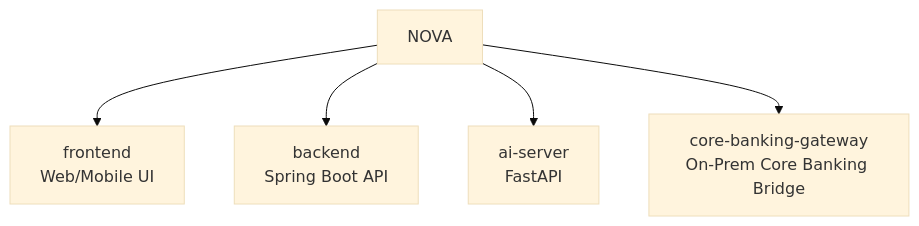
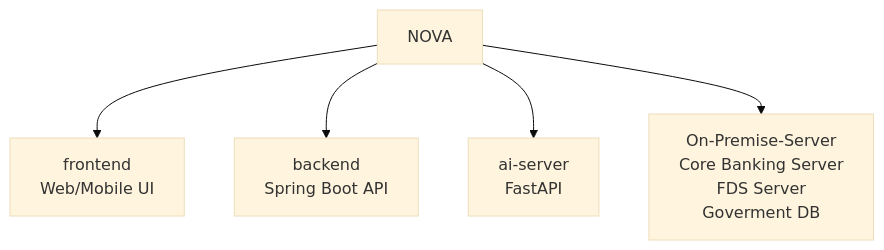
The first of 4 diagrams in AGENTS.md (jaepar/NOVA), drawn with Mermaid (base theme) before and after one commit. The commit also changed other lines of this file, not shown here.

````diff
--- a/AGENTS.md
+++ b/AGENTS.md
@@ -8,8 +8,8 @@
 ```mermaid
 flowchart TD
     Root["NOVA"]
     Root --> FE["frontend<br/>Web/Mobile UI"]
     Root --> BE["backend<br/>Spring Boot API"]
     Root --> AI["ai-server<br/>FastAPI"]
-    Root --> CB["core-banking-gateway<br/>On-Prem Core Banking Bridge"]
+    Root --> CB["On-Premise-Server<br/>Core Banking Server<br/>FDS Server<br/>Goverment DB"]
 ```
````
